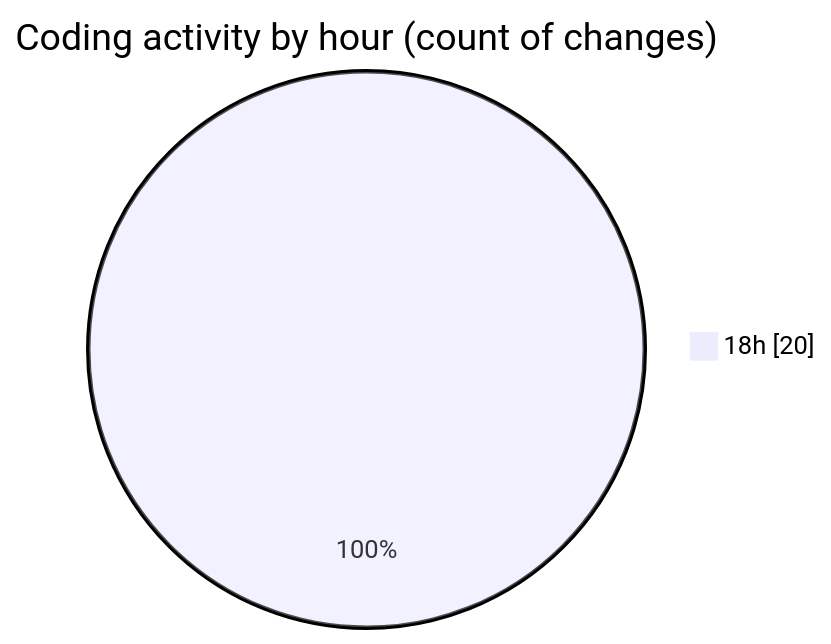
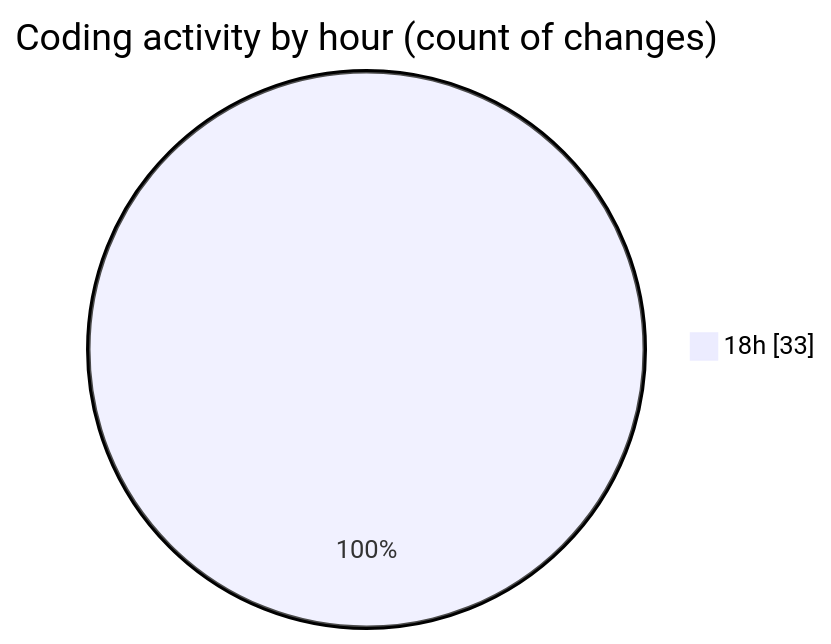
Before and after one commit to Ritupan-Deka/code-tracking: the second of 2 diagrams in 2025-07-05/hidden_search_widget/README.md, drawn with Mermaid. The commit also changed other lines of this file and 1 other file, not shown here.

````diff
--- a/2025-07-05/hidden_search_widget/README.md
+++ b/2025-07-05/hidden_search_widget/README.md
@@ -32,5 +34,5 @@
 ```mermaid
 pie showData
 title Coding activity by hour (count of changes)
-"18h" : 20
+"18h" : 33
 ```
````
